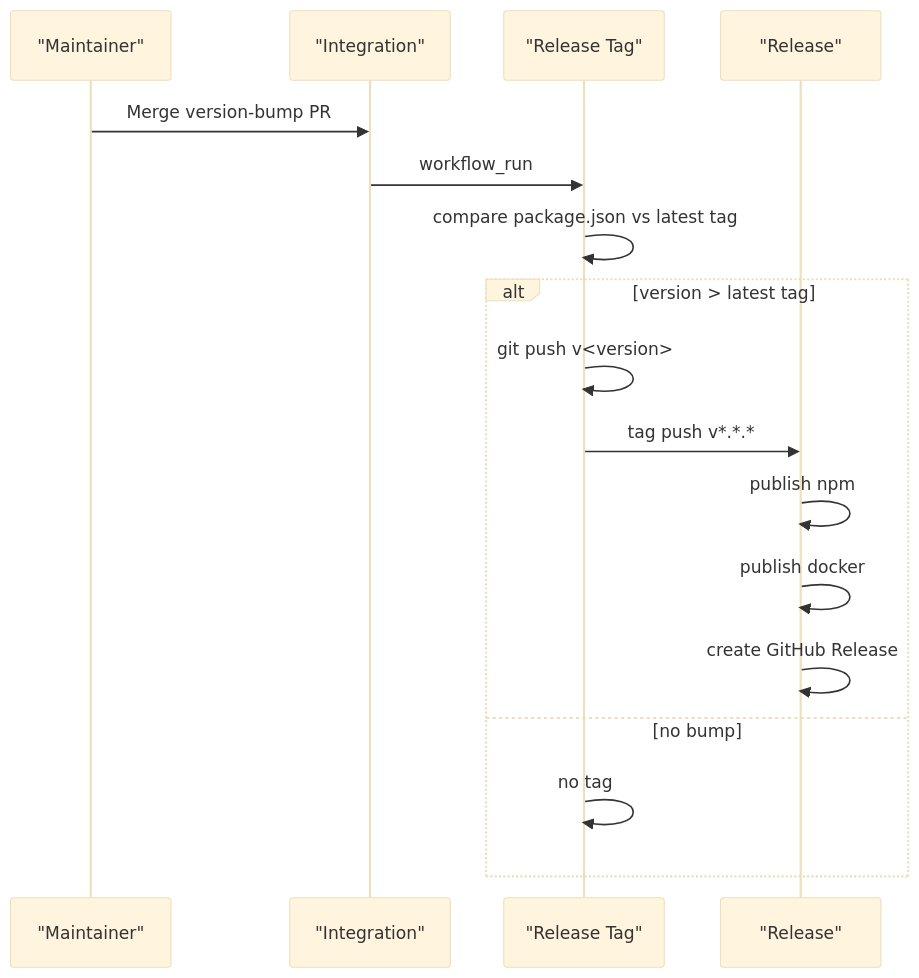
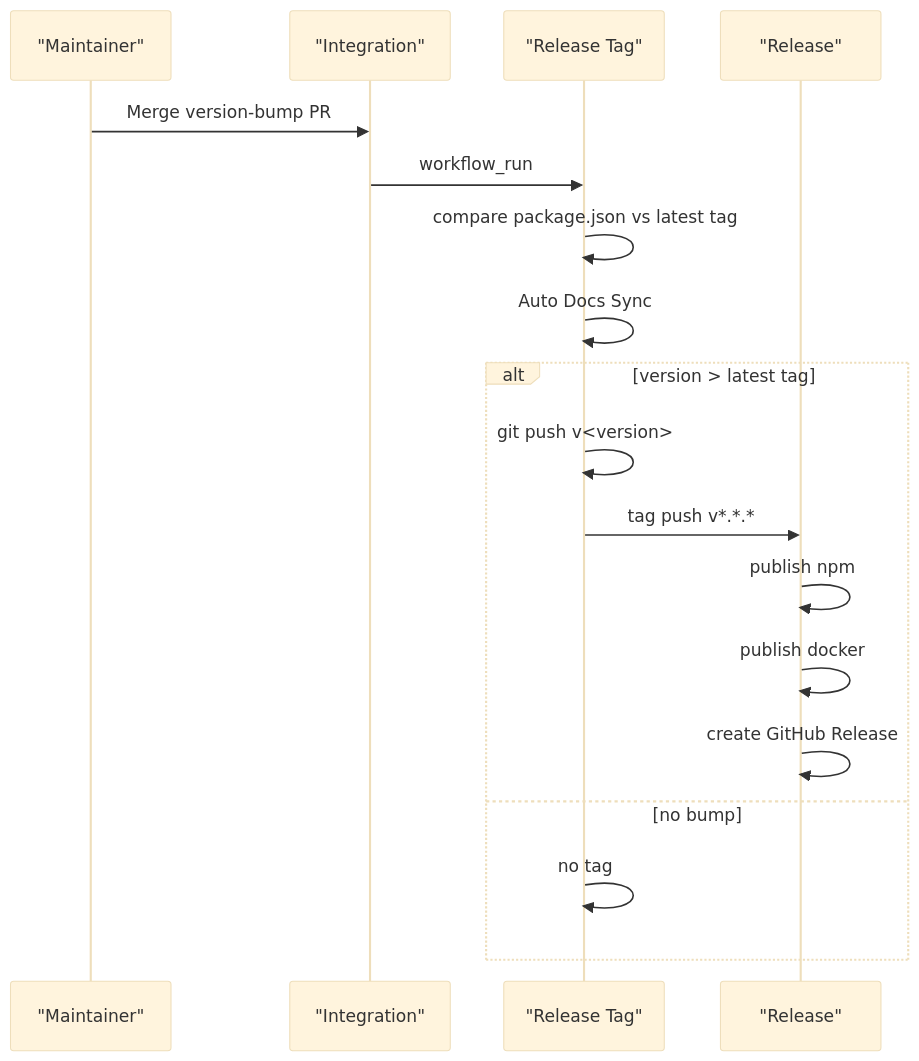
Before and after one commit to debian777/kairos-mcp: the seventh of 8 diagrams in .qoder/repowiki/en/content/Contributing & Development.md, drawn with Mermaid (base theme). The commit also changed other lines of this file and 17 other files, not shown here.

````diff
--- a/.qoder/repowiki/en/content/Contributing & Development.md
+++ b/.qoder/repowiki/en/content/Contributing & Development.md
@@ -227,19 +267,20 @@
 ```mermaid
 sequenceDiagram
 participant Dev as "Maintainer"
 participant Int as "Integration"
 participant RT as "Release Tag"
 participant Rel as "Release"
 Dev->>Int : Merge version-bump PR
 Int->>RT : workflow_run
 RT->>RT : compare package.json vs latest tag
+RT->>RT : Auto Docs Sync
 alt version > latest tag
 RT->>RT : git push v<version>
 RT->>Rel : tag push v*.*.*
 Rel->>Rel : publish npm
 Rel->>Rel : publish docker
 Rel->>Rel : create GitHub Release
 else no bump
 RT->>RT : no tag
 end
 ```
````
